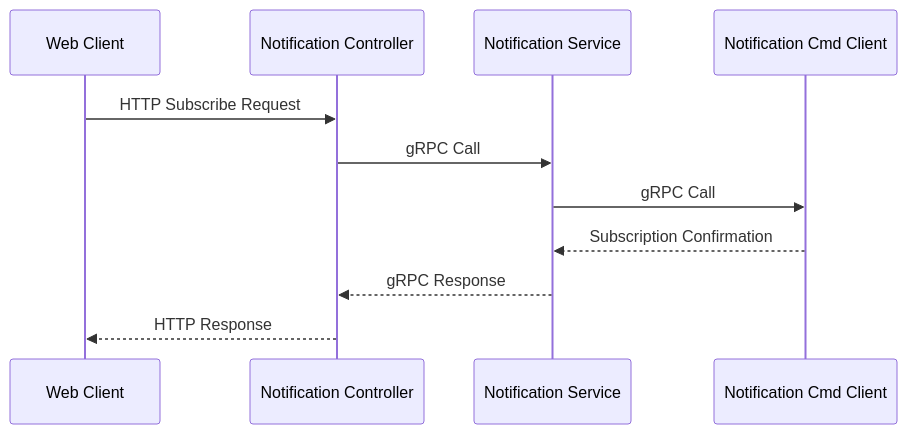
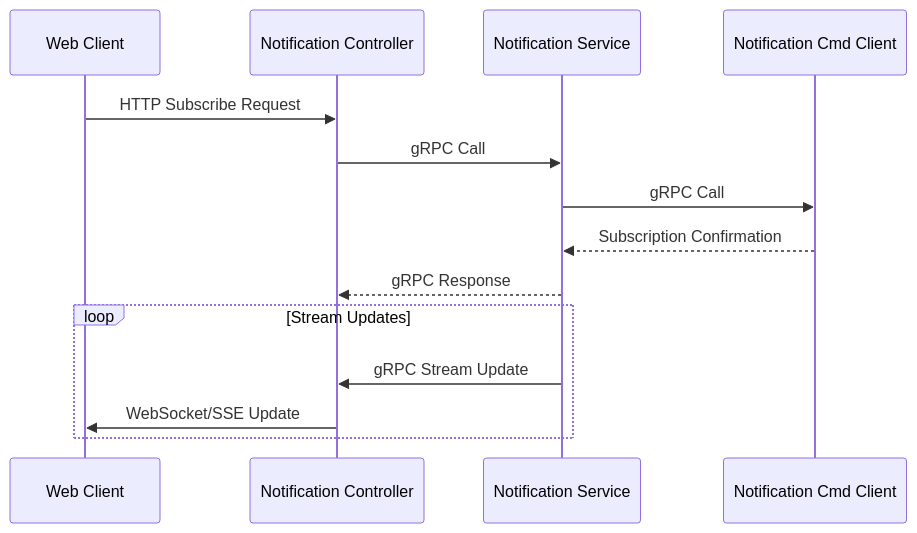
One commit to jackiedlh/SuperHeroV3 changed the third of 4 diagrams in docs/architecture.md. Above: the diagram before and after it, drawn with Mermaid. The commit also changed other lines of this file, not shown here.

Commit message:
update architecture diagram

````diff
--- a/docs/architecture.md
+++ b/docs/architecture.md
@@ -62,14 +82,19 @@
 ```mermaid
 sequenceDiagram
     participant Web as Web Client
     participant NC as Notification Controller
     participant NS as Notification Service
     participant NCC as Notification Cmd Client
     
     Web->>NC: HTTP Subscribe Request
     NC->>NS: gRPC Call
     NS->>NCC: gRPC Call
     NCC-->>NS: Subscription Confirmation
     NS-->>NC: gRPC Response
-    NC-->>Web: HTTP Response
+    
+    %% Response stream
+    loop Stream Updates
+        NS->>NC: gRPC Stream Update
+        NC->>Web: WebSocket/SSE Update
+    end
 ```
````
